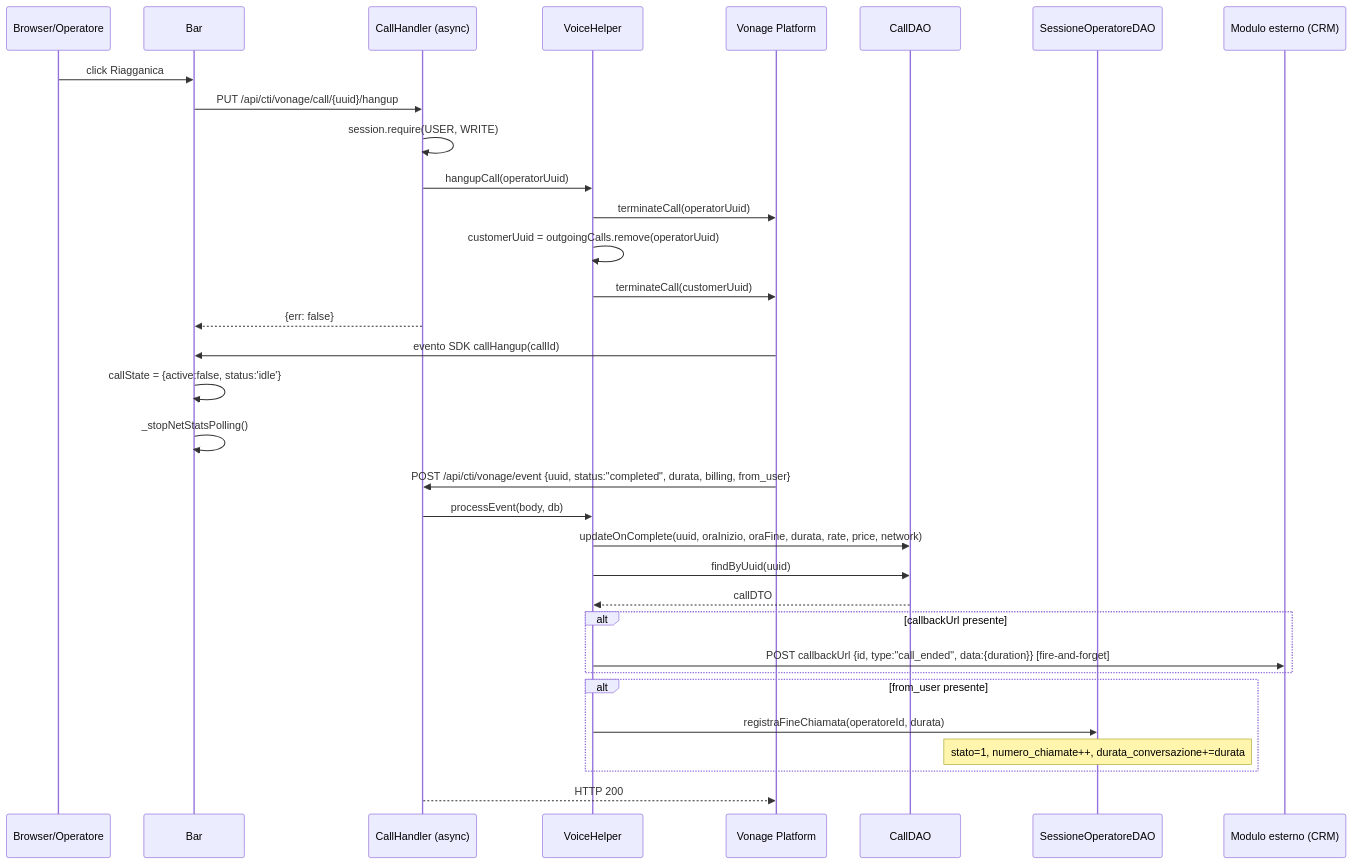
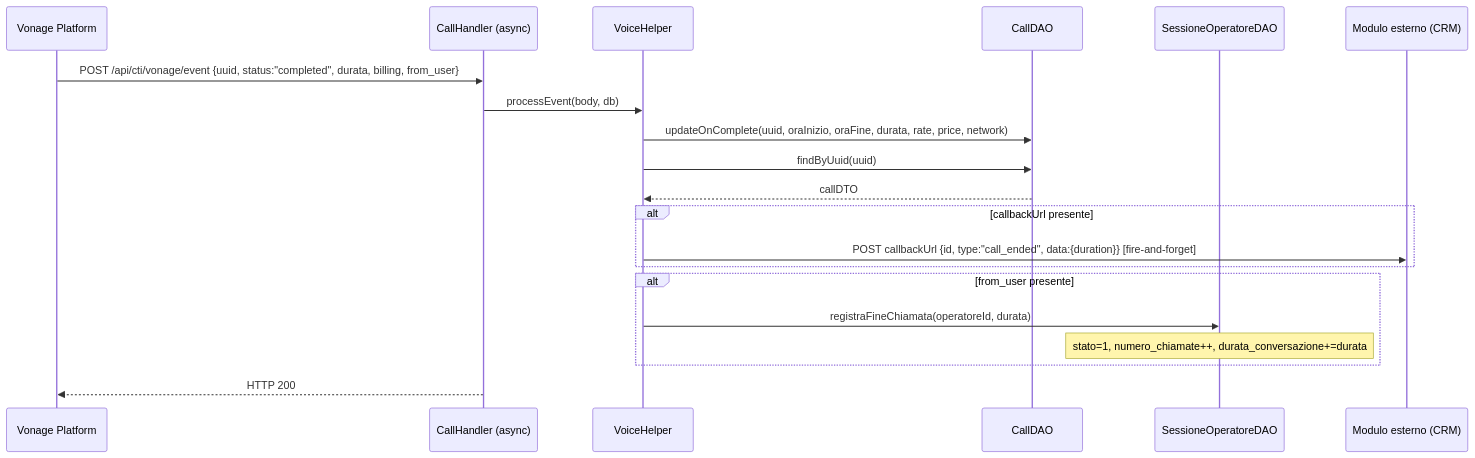
The second of 2 diagrams in module/cti/vonage/docs/core/wf_007_fine_chiamata.md (riccardovacirca/jms), drawn with Mermaid before and after one commit. The commit also changed 76 other files, not shown here.

````diff
--- a/module/cti/vonage/docs/core/wf_007_fine_chiamata.md
+++ b/module/cti/vonage/docs/core/wf_007_fine_chiamata.md
@@ -59,41 +66,23 @@
 ```mermaid
 sequenceDiagram
-    participant Op as Browser/Operatore
-    participant Bar as Bar
+    participant Vonage as Vonage Platform
     participant Handler as CallHandler (async)
     participant Helper as VoiceHelper
-    participant Vonage as Vonage Platform
     participant CallDAO as CallDAO
     participant SessDAO as SessioneOperatoreDAO
     participant CB as Modulo esterno (CRM)
 
-    %% Hangup lato operatore
-    Op->>Bar: click Riagganica
-    Bar->>Handler: PUT /api/cti/vonage/call/{uuid}/hangup
-    Handler->>Handler: session.require(USER, WRITE)
-    Handler->>Helper: hangupCall(operatorUuid)
-    Helper->>Vonage: terminateCall(operatorUuid)
-    Helper->>Helper: customerUuid = outgoingCalls.remove(operatorUuid)
-    Helper->>Vonage: terminateCall(customerUuid)
-    Handler-->>Bar: {err: false}
-
-    %% Evento SDK
-    Vonage->>Bar: evento SDK callHangup(callId)
-    Bar->>Bar: callState = {active:false, status:'idle'}
-    Bar->>Bar: _stopNetStatsPolling()
-
-    %% Webhook completed
     Vonage->>Handler: POST /api/cti/vonage/event {uuid, status:"completed", durata, billing, from_user}
     Handler->>Helper: processEvent(body, db)
     Helper->>CallDAO: updateOnComplete(uuid, oraInizio, oraFine, durata, rate, price, network)
     Helper->>CallDAO: findByUuid(uuid)
     CallDAO-->>Helper: callDTO
     alt callbackUrl presente
         Helper->>CB: POST callbackUrl {id, type:"call_ended", data:{duration}} [fire-and-forget]
     end
     alt from_user presente
         Helper->>SessDAO: registraFineChiamata(operatoreId, durata)
         Note over SessDAO: stato=1, numero_chiamate++, durata_conversazione+=durata
     end
     Handler-->>Vonage: HTTP 200
 ```
````
